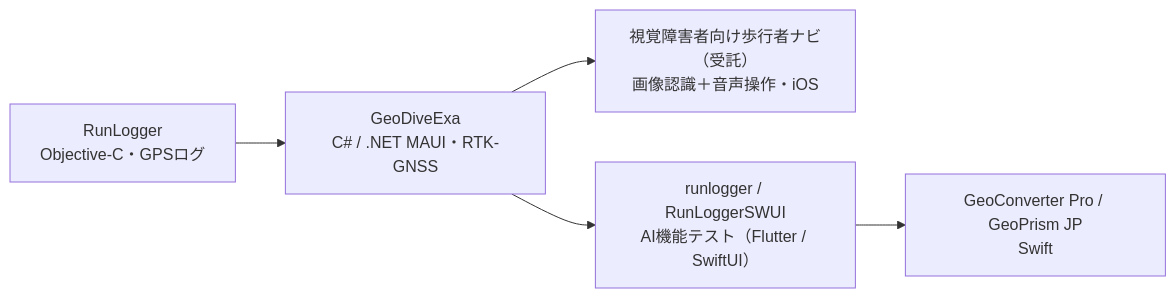
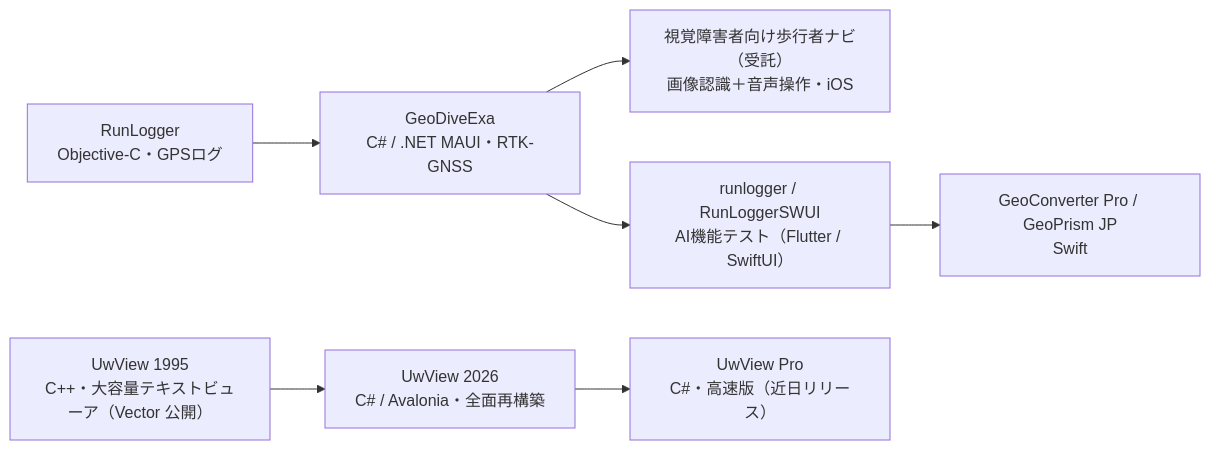
Before and after one commit to amru195704/amru195704: the diagram in README.md, drawn with Mermaid. The commit also changed other lines of this file and 1 other file, not shown here.

Commit message:
UwViewPro＆英語README追加

````diff
--- a/README.md
+++ b/README.md
@@ -87,7 +96,9 @@
 ```mermaid
 flowchart LR
     RL["RunLogger<br/>Objective-C・GPSログ"] --> GDE["GeoDiveExa<br/>C# / .NET MAUI・RTK-GNSS"]
     GDE --> NAVI["視覚障害者向け歩行者ナビ（受託）<br/>画像認識＋音声操作・iOS"]
     GDE --> TEST["runlogger / RunLoggerSWUI<br/>AI機能テスト（Flutter / SwiftUI）"]
     TEST --> SWIFT["GeoConverter Pro / GeoPrism JP<br/>Swift"]
+    UW1995["UwView 1995<br/>C++・大容量テキストビューア（Vector 公開）"] --> UW2026["UwView 2026<br/>C# / Avalonia・全面再構築"]
+    UW2026 --> UWPRO["UwView Pro<br/>C#・高速版（近日リリース）"]
 ```
````
